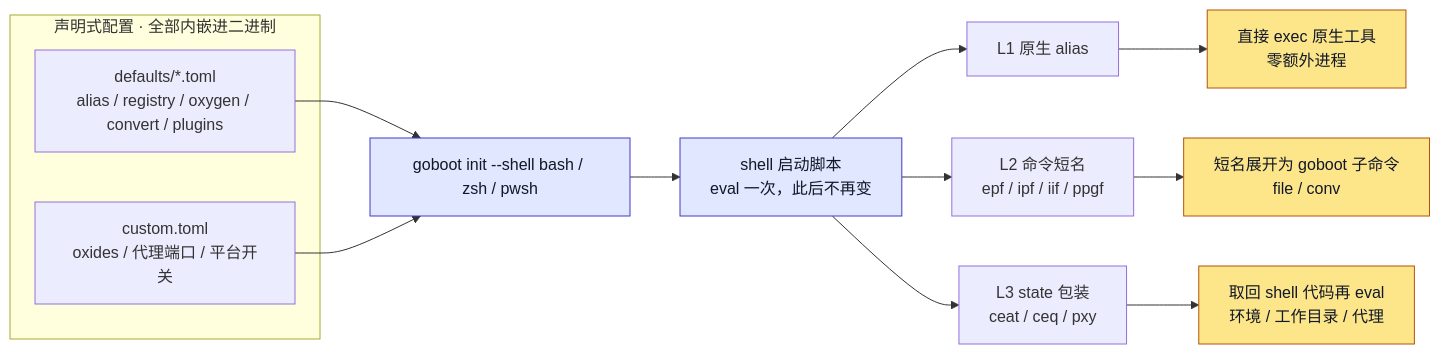
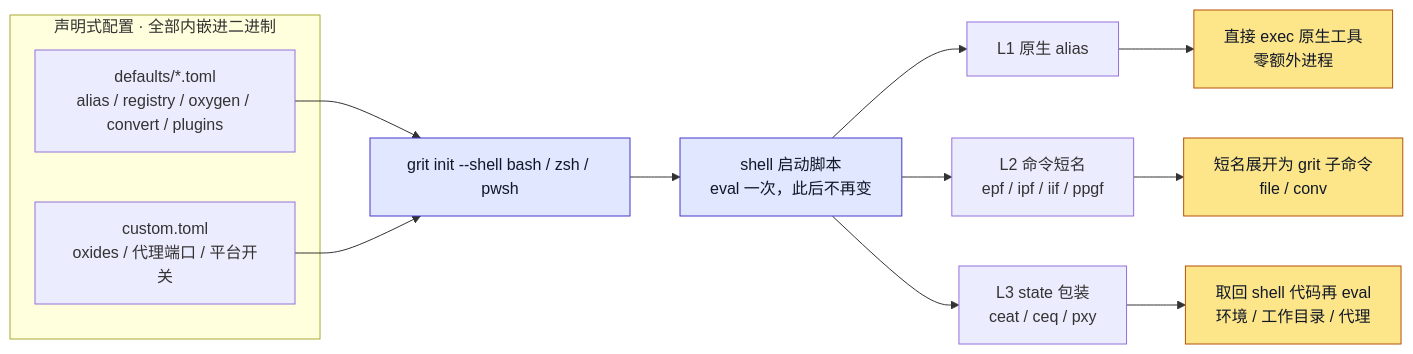
One commit to ivaquero/grit changed the first of 2 diagrams in README.md. Above: the diagram before and after it, drawn with Mermaid. The commit also changed other lines of this file and 28 other files, not shown here.

````diff
--- a/README.md
+++ b/README.md
@@ -11,26 +13,26 @@
 ```mermaid
 flowchart LR
     subgraph decl["声明式配置 · 全部内嵌进二进制"]
         d1["defaults/*.toml<br/>alias / registry / oxygen / convert / plugins"]
         d2["custom.toml<br/>oxides / 代理端口 / 平台开关"]
     end
 
-    g["goboot init --shell bash / zsh / pwsh"]
+    g["grit init --shell bash / zsh / pwsh"]
 
     d1 --> g
     d2 --> g
     g --> s["shell 启动脚本<br/>eval 一次，此后不再变"]
 
     s --> l1["L1 原生 alias"]
     s --> l2["L2 命令短名<br/>epf / ipf / iif / ppgf"]
     s --> l3["L3 state 包装<br/>ceat / ceq / pxy"]
 
     l1 --> u1["直接 exec 原生工具<br/>零额外进程"]
-    l2 --> u2["短名展开为 goboot 子命令<br/>file / conv"]
+    l2 --> u2["短名展开为 grit 子命令<br/>file / conv"]
     l3 --> u3["取回 shell 代码再 eval<br/>环境 / 工作目录 / 代理"]
 
     classDef hot fill:#fde68a,stroke:#b45309,color:#111827
     classDef cold fill:#e0e7ff,stroke:#4338ca,color:#111827
     class g,s cold
     class u1,u2,u3 hot
 ```
````
